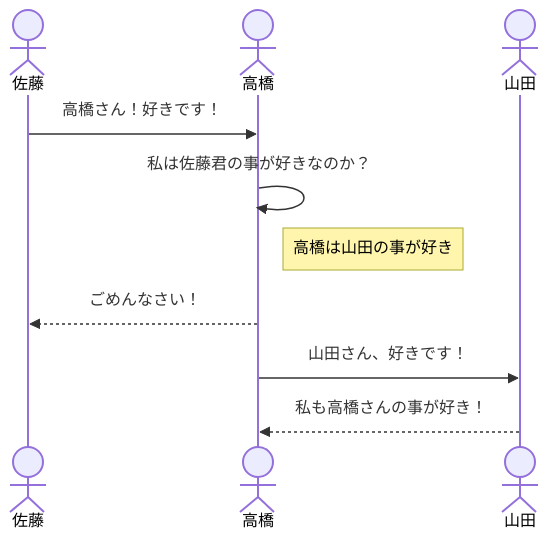
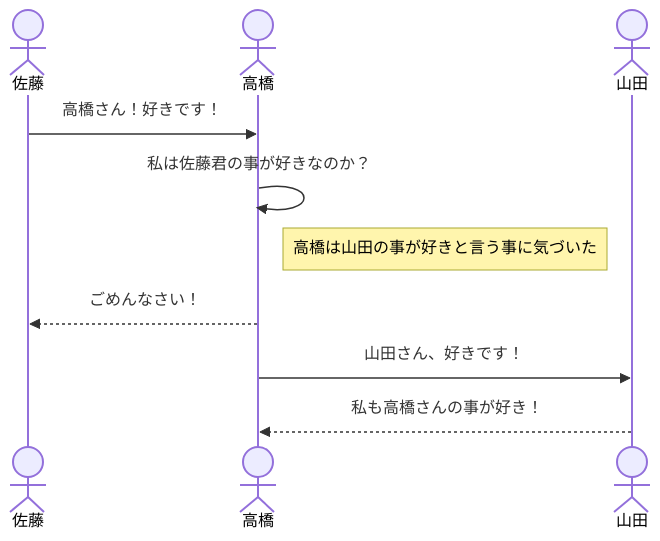
The second of 3 diagrams in README.md (tpu-game-2023/mermaid_test), drawn with Mermaid before and after one commit.

````diff
--- a/README.md
+++ b/README.md
@@ -44,12 +44,12 @@
 ```mermaid
 sequenceDiagram
     actor 佐藤
     actor 高橋
     actor 山田
     佐藤->>高橋: 高橋さん！好きです！
     高橋->>高橋:私は佐藤君の事が好きなのか？
-    Note right of 高橋:高橋は山田の事が好き
+    Note right of 高橋:高橋は山田の事が好きと言う事に気づいた
     高橋-->>佐藤: ごめんなさい！
     高橋->>山田:山田さん、好きです！
     山田-->>高橋:私も高橋さんの事が好き！
 ```
````
